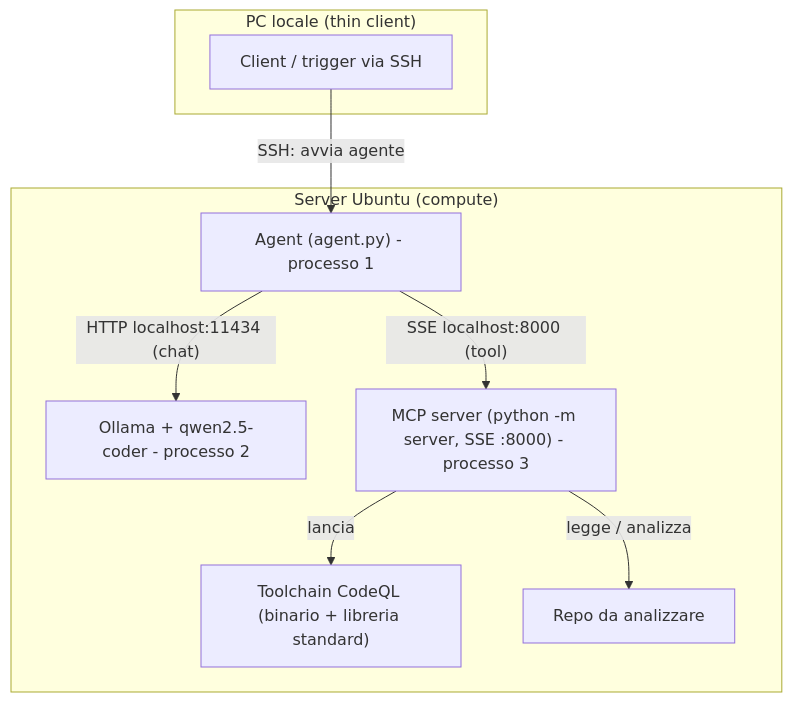
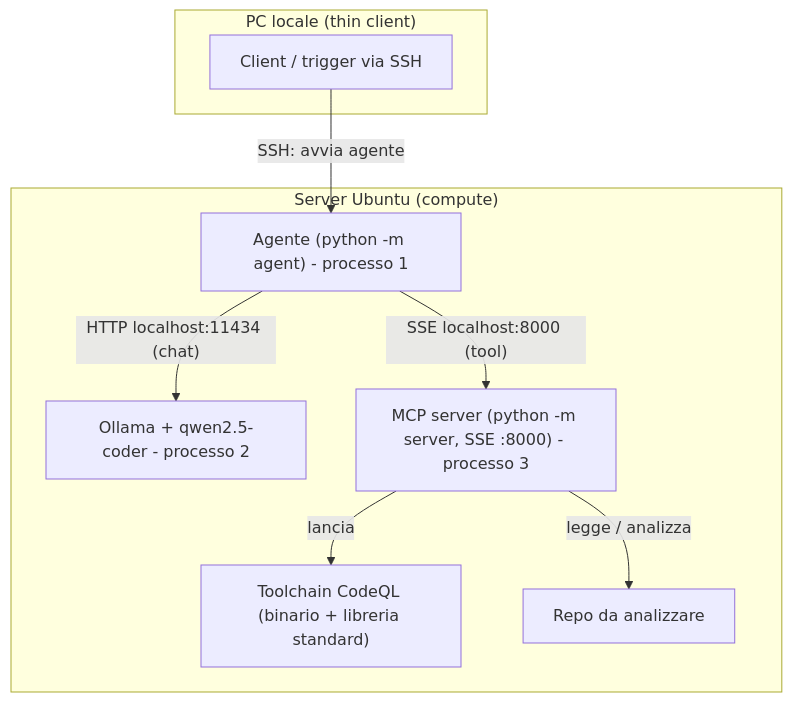
One commit to iris-cmd22/Sibyl changed diagram 26 of 29 in documentazione/Server_MCP_Architettura.md. Above: the diagram before and after it, drawn with Mermaid. The commit also changed other lines of this file and 49 other files, not shown here.

````diff
--- a/documentazione/Server_MCP_Architettura.md
+++ b/documentazione/Server_MCP_Architettura.md
@@ -1097,18 +1152,18 @@
 ```mermaid
 flowchart TB
     subgraph PC["PC locale (thin client)"]
         CL["Client / trigger via SSH"]
     end
     subgraph SRV["Server Ubuntu (compute)"]
-        AG["Agent (agent.py) - processo 1"]
+        AG["Agente (python -m agent) - processo 1"]
         OLL["Ollama + qwen2.5-coder - processo 2"]
         MCPP["MCP server (python -m server, SSE :8000) - processo 3"]
         TC["Toolchain CodeQL (binario + libreria standard)"]
         RP["Repo da analizzare"]
         AG -->|"HTTP localhost:11434 (chat)"| OLL
         AG -->|"SSE localhost:8000 (tool)"| MCPP
         MCPP -->|"lancia"| TC
         MCPP -->|"legge / analizza"| RP
     end
     CL -->|"SSH: avvia agente"| AG
 ```
````
